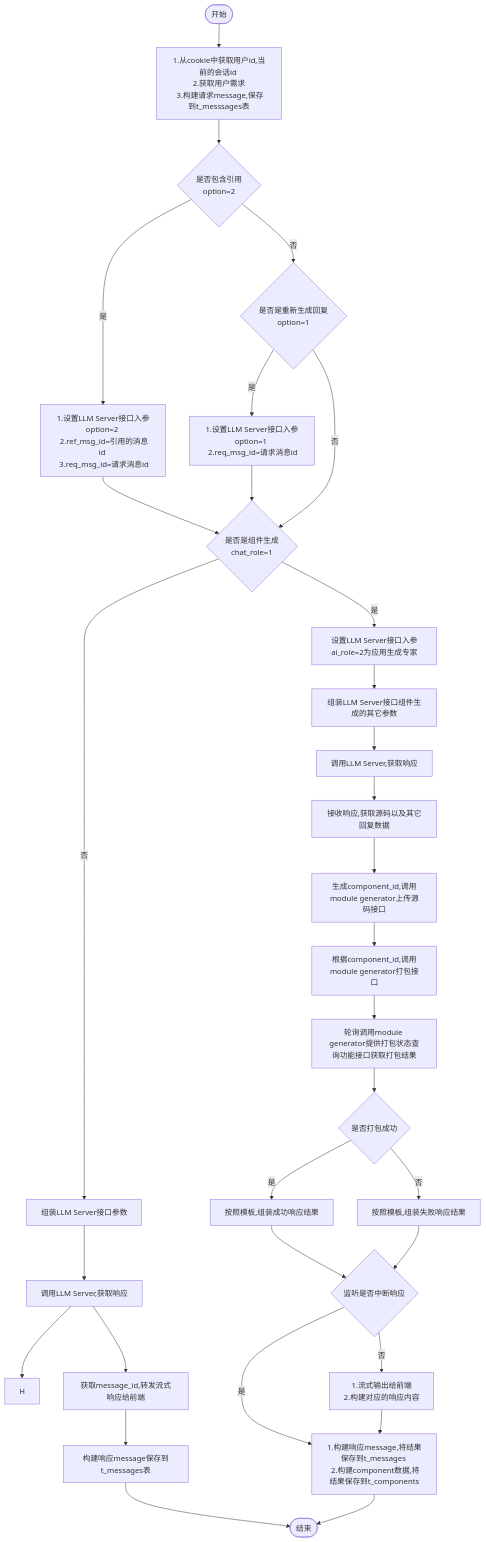
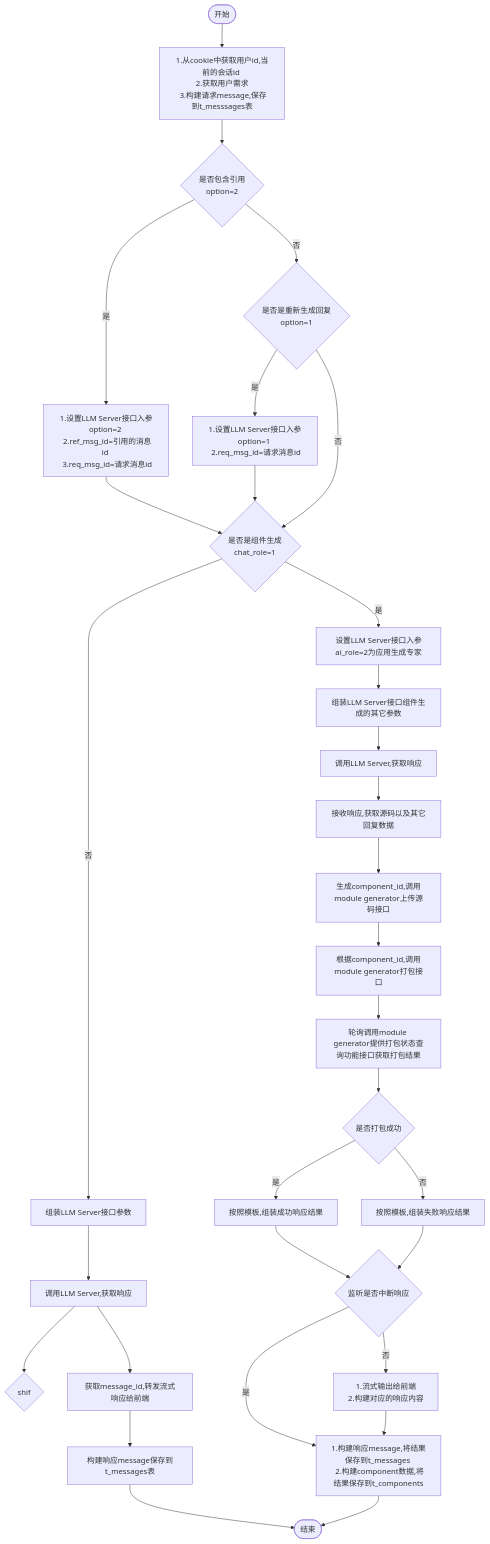
One commit to yingjianzh/iodraw-files changed the diagram in all/未命名-8.md. Above: the diagram before and after it, drawn with Mermaid.

Commit message:
2024-10-16 09:18:01 update

````diff
--- a/all/未命名-8.md
+++ b/all/未命名-8.md
@@ -1,37 +1,37 @@
 ```mermaid
 flowchart TD
     A([开始]) --> B[1.从cookie中获取用户id,当前的会话id \n 2.获取用户需求 \n 3.构建请求message,保存到t_messsages表]
     B--> D{是否包含引用 \n option=2}
     D -- 是 --> E[1.设置LLM Server接口入参option=2 \n 2.ref_msg_id=引用的消息id \n 3.req_msg_id=请求消息id]
     D -- 否 --> F{是否是重新生成回复\n option=1}
     F -- 是 --> G[1.设置LLM Server接口入参option=1 \n 2.req_msg_id=请求消息id]
     F -- 否 --> I
      
     E & G --> I{是否是组件生成 \n chat_role=1}
     I -- 否 --> M[组装LLM Server接口参数] 
     I -- 是 --> J[设置LLM Server接口入参ai_role=2为应用生成专家]
     
 
     J --> L[组装LLM Server接口组件生成的其它参数]    
     M --> N[调用LLM Server,获取响应]
-    N --> H    
+    N --> H{shif}    
     N --> O[获取message_id,转发流式响应给前端]
     O --> P[构建响应message保存到t_messages表]
     P --> R([结束])
 
 
     L --> S[调用LLM Server,获取响应]
     S --> T[接收响应,获取源码以及其它回复数据]
     T --> U[生成component_id,调用module generator上传源码接口]
     U --> V[根据component_id,调用module generator打包接口]
     V --> W[轮询调用module generator提供打包状态查询功能接口获取打包结果]
     W --> X{是否打包成功}
     X -- 是 --> Y[按照模板,组装成功响应结果]
     X -- 否 --> Z[按照模板,组装失败响应结果]
     Y & Z --> Done{监听是否中断响应}
     Done -- 是 --> Result
     Done -- 否 --> OutPut[1.流式输出给前端 \n 2.构建对应的响应内容]
 
     OutPut --> Result[1.构建响应message,将结果保存到t_messages \n 2.构建component数据,将结果保存到t_components]
     Result --> R
 ```
````
